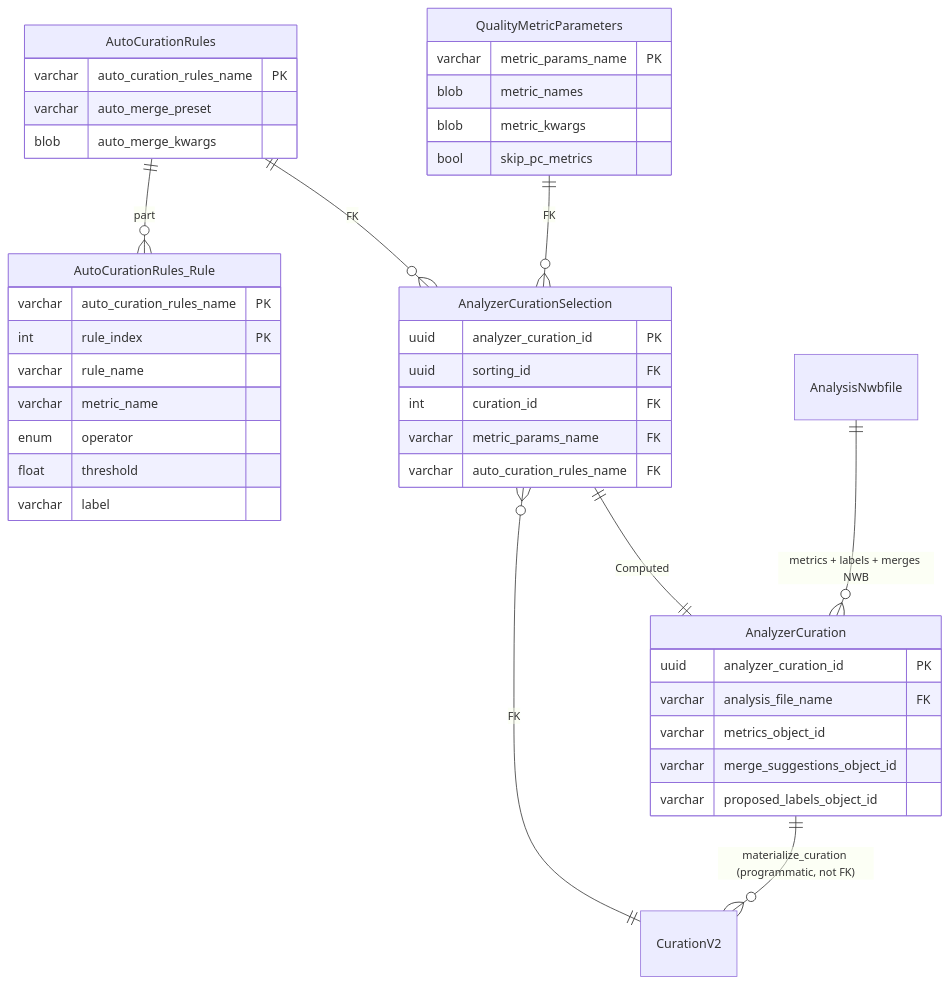
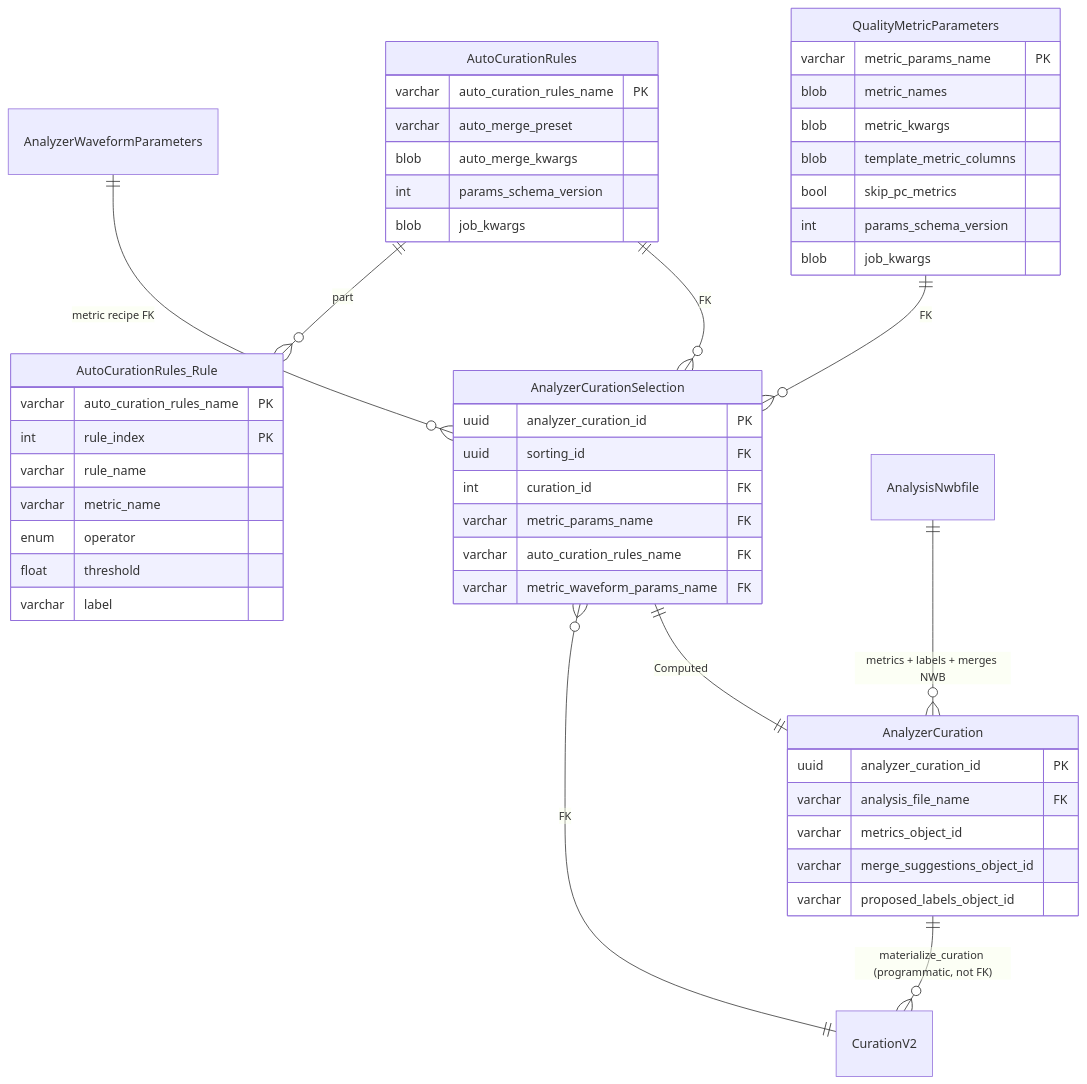
Before and after one commit to LorenFrankLab/spyglass: the first of 3 diagrams in .claude/docs/plans/spikesorting-v2/diagrams/02-phase-2.md, drawn with Mermaid. The commit also changed other lines of this file and 66 other files, not shown here.

````diff
--- a/.claude/docs/plans/spikesorting-v2/diagrams/02-phase-2.md
+++ b/.claude/docs/plans/spikesorting-v2/diagrams/02-phase-2.md
@@ -24,53 +24,60 @@
 ```mermaid
 erDiagram
     %% ===== From Phase 1 =====
 
     %% ===== NEW IN PHASE 2 =====
     QualityMetricParameters {
         varchar metric_params_name PK
         blob metric_names
         blob metric_kwargs
+        blob template_metric_columns
         bool skip_pc_metrics
+        int params_schema_version
+        blob job_kwargs
     }
     AutoCurationRules {
         varchar auto_curation_rules_name PK
         varchar auto_merge_preset
         blob auto_merge_kwargs
+        int params_schema_version
+        blob job_kwargs
     }
     AutoCurationRules_Rule {
         varchar auto_curation_rules_name PK
         int rule_index PK
         varchar rule_name
         varchar metric_name
         enum operator
         float threshold
         varchar label
     }
     AnalyzerCurationSelection {
         uuid analyzer_curation_id PK
         uuid sorting_id FK
         int curation_id FK
         varchar metric_params_name FK
         varchar auto_curation_rules_name FK
+        varchar metric_waveform_params_name FK
     }
     AnalyzerCuration {
         uuid analyzer_curation_id PK
         varchar analysis_file_name FK
         varchar metrics_object_id
         varchar merge_suggestions_object_id
         varchar proposed_labels_object_id
     }
 
     CurationV2 ||--o{ AnalyzerCurationSelection : "FK"
     QualityMetricParameters ||--o{ AnalyzerCurationSelection : "FK"
     AutoCurationRules ||--o{ AnalyzerCurationSelection : "FK"
+    AnalyzerWaveformParameters ||--o{ AnalyzerCurationSelection : "metric recipe FK"
     AutoCurationRules ||--o{ AutoCurationRules_Rule : "part"
     AnalyzerCurationSelection ||--|| AnalyzerCuration : "Computed"
     AnalysisNwbfile ||--o{ AnalyzerCuration : "metrics + labels + merges NWB"
 
     %% ===== Materialize back into CurationV2 lineage =====
     %% NOTE: This is a programmatic linkage (materialize_curation creates a child
     %% CurationV2 row with parent_curation_id set), NOT a DataJoint FK.
     %% CurationV2.parent_curation_id is a plain int, not a self-referential FK.
     AnalyzerCuration ||--o{ CurationV2 : "materialize_curation (programmatic, not FK)"
 ```
````
